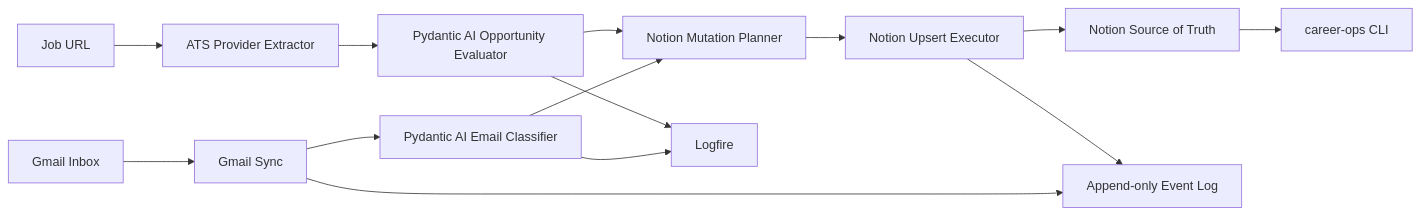
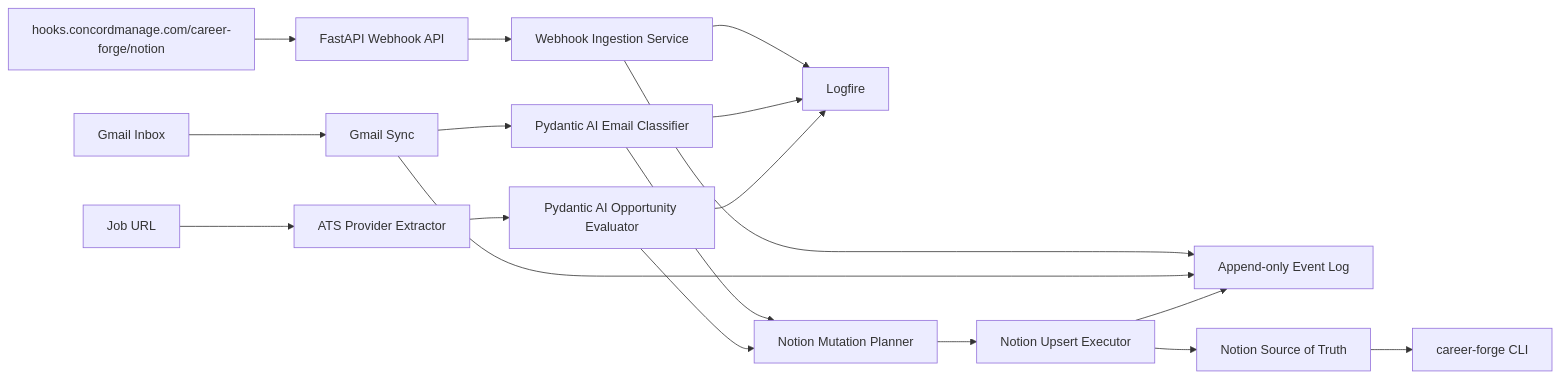
The diagram in README.md (dillon-barendt/career-forge), drawn with Mermaid before and after one commit. The commit also changed other lines of this file and 52 other files, not shown here.

First line of the commit message:
feat(career-forge): add webhook intake and rename project

````diff
--- a/README.md
+++ b/README.md
@@ -40,16 +41,20 @@
 ```mermaid
 flowchart LR
     Gmail["Gmail Inbox"] --> GmailSync["Gmail Sync"]
     GmailSync --> EmailAI["Pydantic AI Email Classifier"]
     JobURL["Job URL"] --> ATS["ATS Provider Extractor"]
+    Hook["hooks.concordmanage.com/career-forge/notion"] --> WebhookAPI["FastAPI Webhook API"]
+    WebhookAPI --> WebhookService["Webhook Ingestion Service"]
+    WebhookService --> Events
+    WebhookService --> Logfire
     ATS --> OppAI["Pydantic AI Opportunity Evaluator"]
     EmailAI --> Planner["Notion Mutation Planner"]
     OppAI --> Planner
     Planner --> Executor["Notion Upsert Executor"]
     Executor --> Notion["Notion Source of Truth"]
     GmailSync --> Events["Append-only Event Log"]
     Executor --> Events
     EmailAI --> Logfire["Logfire"]
     OppAI --> Logfire
-    Notion --> CLI["career-ops CLI"]
+    Notion --> CLI["career-forge CLI"]
 ```
````
